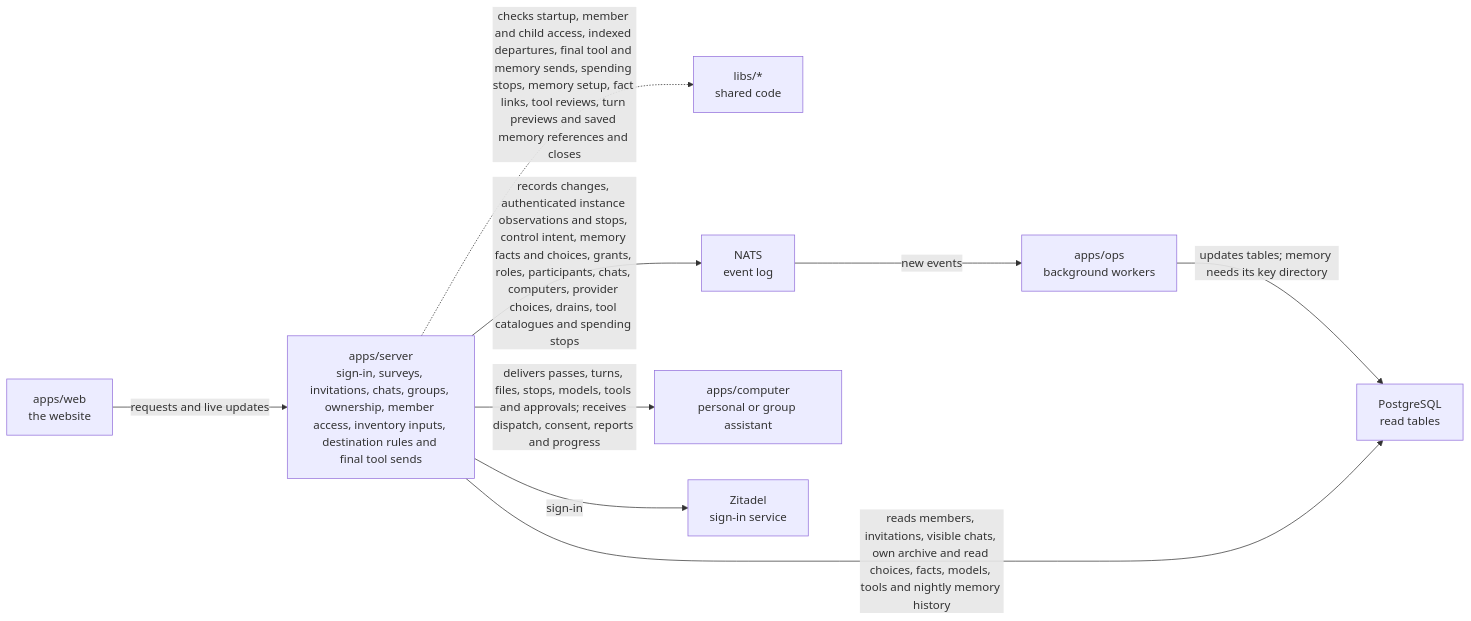
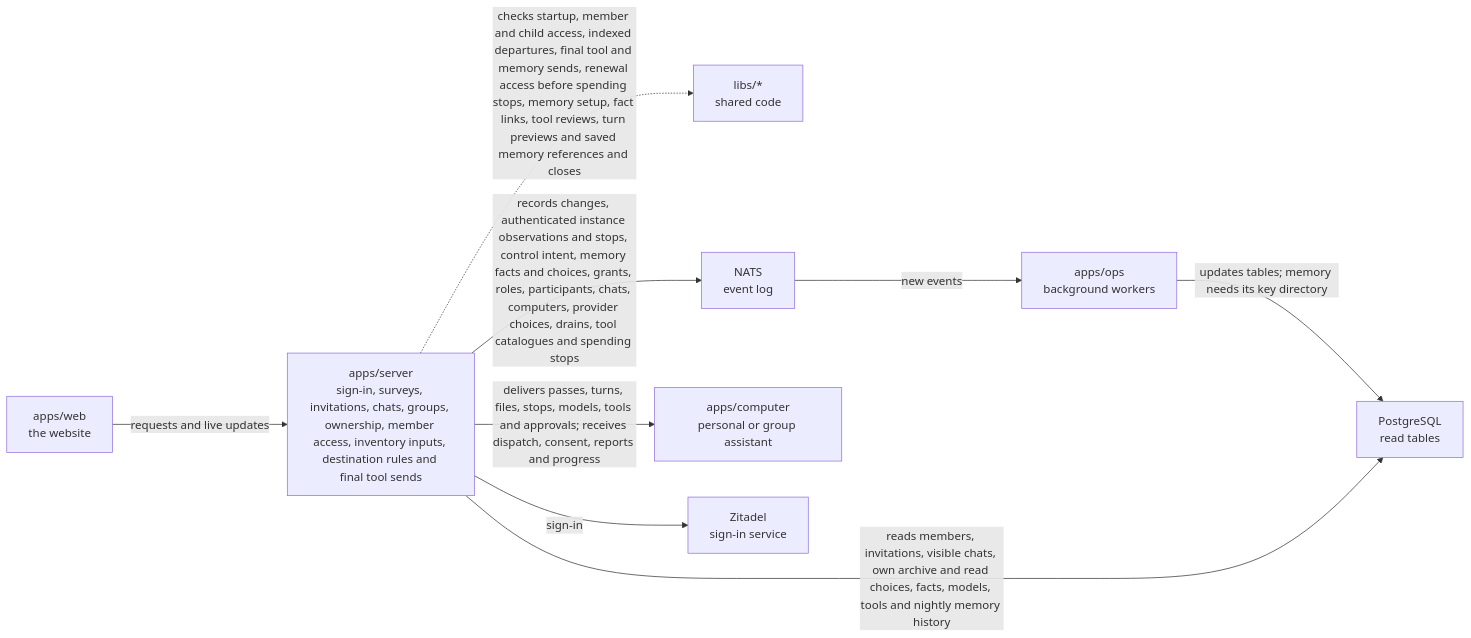
The diagram in apps/server/README.md (elewa-git/opencrane-new), drawn with Mermaid before and after one commit. The commit also changed other lines of this file and 25 other files, not shown here.

First line of the commit message:
🛑 A spending stop also stops free tool and memory calls, and raising the limit never revives a stopped turn (#375)

````diff
--- a/apps/server/README.md
+++ b/apps/server/README.md
@@ -11,11 +11,11 @@
 ```mermaid
 flowchart LR
   web["apps/web<br/>the website"] -->|requests and live updates| server["apps/server<br/>sign-in, surveys, invitations, chats, groups, ownership, member access, inventory inputs, destination rules and final tool sends"]
-  server -.->|checks startup, member and child access, indexed departures, final tool and memory sends, spending stops, memory setup, fact links, tool reviews, turn previews and saved memory references and closes| libs["libs/*<br/>shared code"]
+  server -.->|checks startup, member and child access, indexed departures, final tool and memory sends, renewal access before spending stops, memory setup, fact links, tool reviews, turn previews and saved memory references and closes| libs["libs/*<br/>shared code"]
   server -->|records changes, authenticated instance observations and stops, control intent, memory facts and choices, grants, roles, participants, chats, computers, provider choices, drains, tool catalogues and spending stops| nats["NATS<br/>event log"]
   nats -->|new events| ops["apps/ops<br/>background workers"]
   ops -->|updates tables; memory needs its key directory| postgres["PostgreSQL<br/>read tables"]
   server -->|reads members, invitations, visible chats, own archive and read choices, facts, models, tools and nightly memory history| postgres
   server -->|delivers passes, turns, files, stops, models, tools and approvals; receives dispatch, consent, reports and progress| computer["apps/computer<br/>personal or group assistant"]
   server -->|sign-in| zitadel["Zitadel<br/>sign-in service"]
 ```
````
